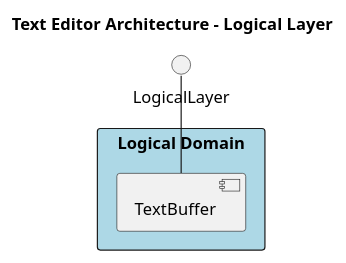
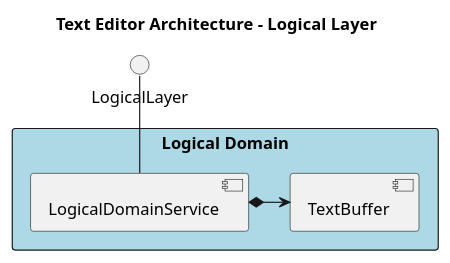
The diagram in docs/source/specs/architecture/diagrams/logical_components.puml (JoeRittiner/TextEngine), drawn with PlantUML before and after one commit. The commit also changed 3 other files, not shown here.

First line of the commit message:
doc: Describe the LogicalDomainService component

```diff
--- a/docs/source/specs/architecture/diagrams/logical_components.puml
+++ b/docs/source/specs/architecture/diagrams/logical_components.puml
@@ -1,13 +1,16 @@
 @startuml
 
 title Text Editor Architecture - Logical Layer
 
 interface LogicalLayer
 
 rectangle "Logical Domain" #LightBlue {
+   component LogicalDomainService
    component "TextBuffer"
 }
 
-LogicalLayer -- TextBuffer
+LogicalDomainService *-> TextBuffer
+
+LogicalLayer -- LogicalDomainService
 
 @enduml
```
